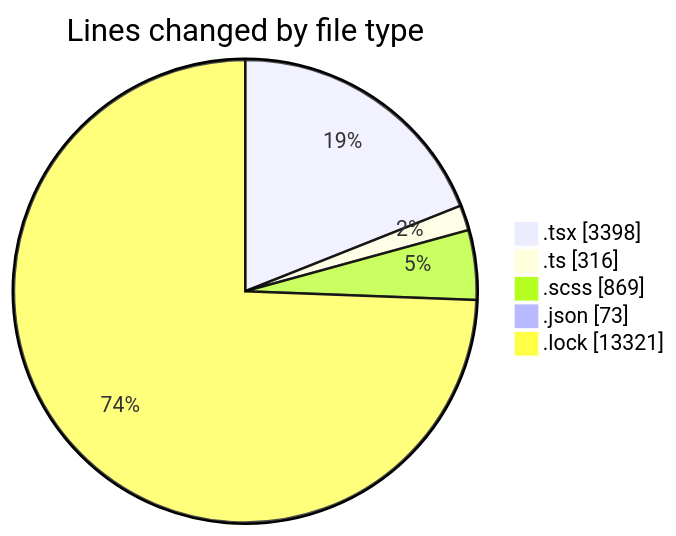
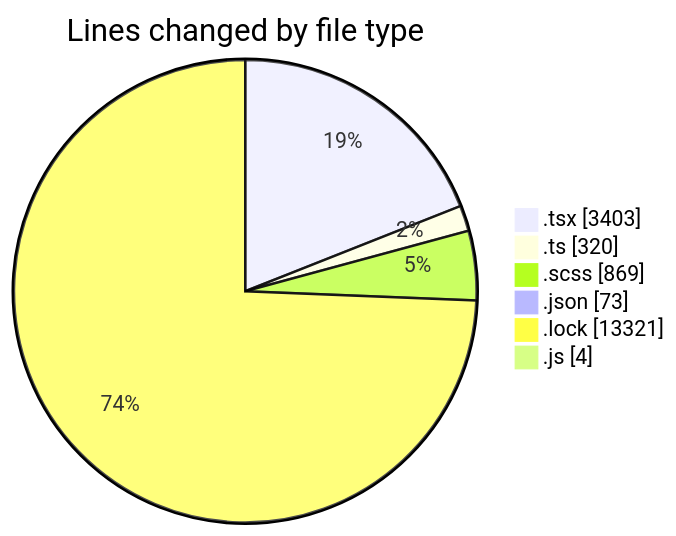
Before and after one commit to momahboobian/code-tracking: the first of 2 diagrams in 2025-02-12/cda/README.md, drawn with Mermaid. The commit also changed other lines of this file and 1 other file, not shown here.

````diff
--- a/2025-02-12/cda/README.md
+++ b/2025-02-12/cda/README.md
@@ -38,9 +40,10 @@
 ```mermaid
 pie showData
 title Lines changed by file type
-".tsx" : 3398
-".ts" : 316
+".tsx" : 3403
+".ts" : 320
 ".scss" : 869
 ".json" : 73
 ".lock" : 13321
+".js" : 4
 ```
````
